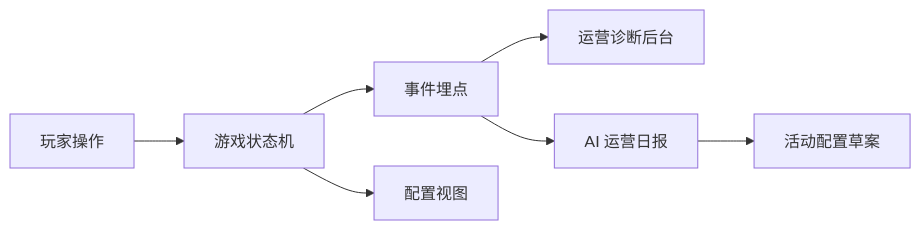
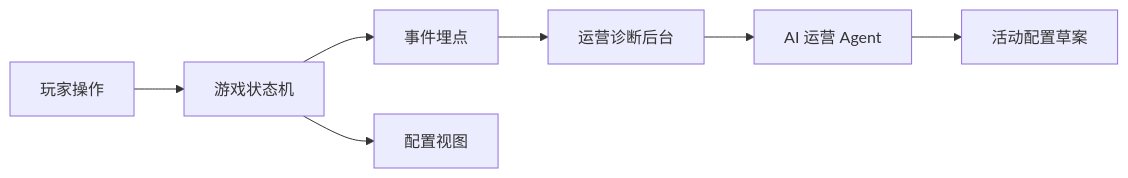
The diagram in docs/Architecture.md (Ey1afjalla/second-game), drawn with Mermaid before and after one commit. The commit also changed other lines of this file and 9 other files, not shown here.

Commit message:
feat: add structured ai ops agent

````diff
--- a/docs/Architecture.md
+++ b/docs/Architecture.md
@@ -7,9 +7,9 @@
 ```mermaid
 flowchart LR
   Player["玩家操作"] --> Game["游戏状态机"]
   Game --> Events["事件埋点"]
   Events --> Ops["运营诊断后台"]
-  Events --> Agent["AI 运营日报"]
+  Ops --> Agent["AI 运营 Agent"]
   Game --> Config["配置视图"]
   Agent --> Draft["活动配置草案"]
 ```
````
